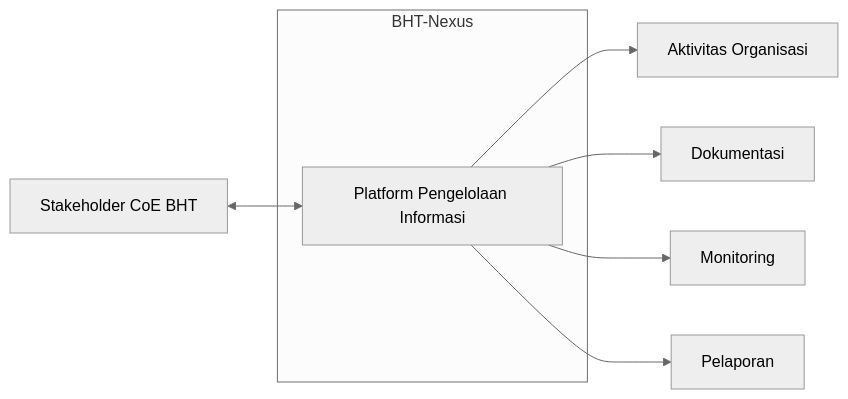
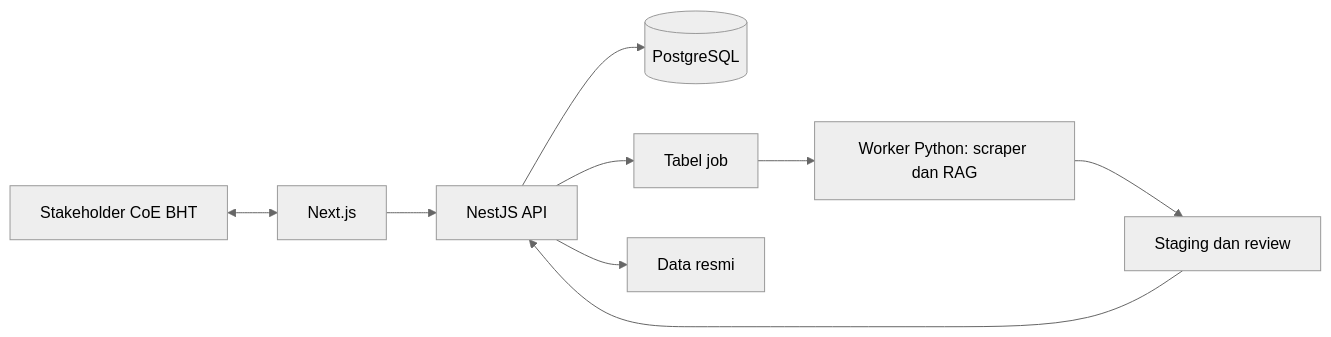
The first of 3 diagrams in bht-nexus-srs.md (TelU-CoE-BHT-Command-Center-Internship/bht-srs), drawn with Mermaid (neutral theme) before and after one commit. The commit also changed other lines of this file and 1 other file, not shown here.

Commit message:
Revise scraper and RAG flow

````diff
--- a/bht-nexus-srs.md
+++ b/bht-nexus-srs.md
@@ -134,16 +137,22 @@
 ```mermaid
 flowchart LR;
 
     Stakeholder["Stakeholder CoE BHT"];
 
-    subgraph System["BHT-Nexus"];
-        Core["Platform Pengelolaan Informasi"];
-    end;
+    Web["Next.js"]
+    API["NestJS API"]
+    DB[("PostgreSQL")]
+    Job["Tabel job"]
+    Worker["Worker Python: scraper dan RAG"]
+    Staging["Staging dan review"]
+    Official["Data resmi"]
 
-    Stakeholder <--> Core;
-
-    Core --> Activity["Aktivitas Organisasi"];
-    Core --> Documentation["Dokumentasi"];
-    Core --> Monitoring["Monitoring"];
-    Core --> Reporting["Pelaporan"];
+    Stakeholder <--> Web
+    Web --> API
+    API --> DB
+    API --> Job
+    Job --> Worker
+    Worker --> Staging
+    Staging --> API
+    API --> Official
 ```
````
